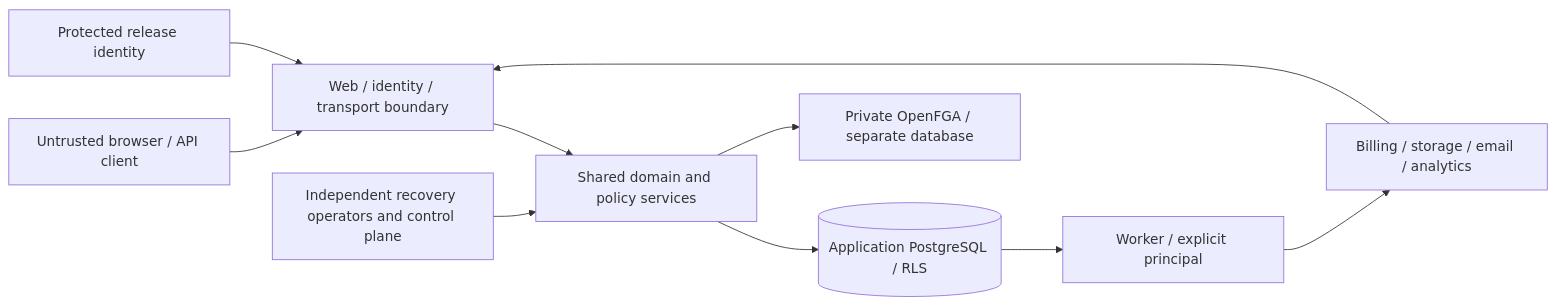
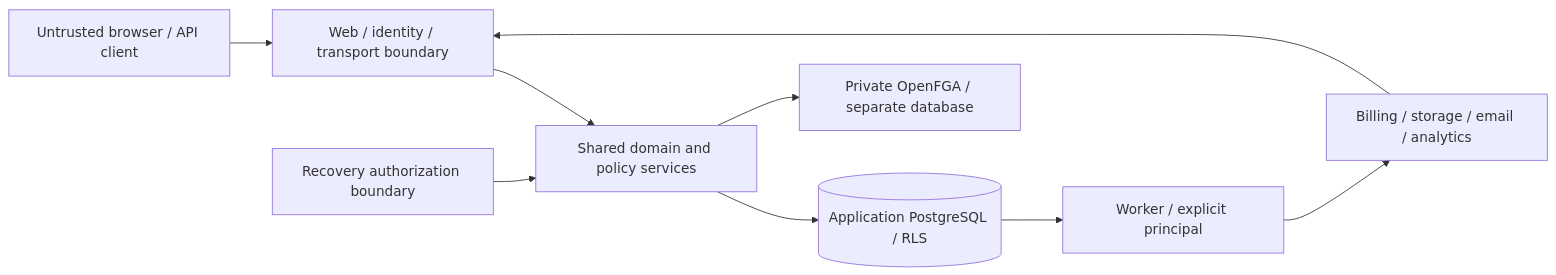
The diagram in docs/phase0/threat-model.md (dani-beltran/saas-cook), drawn with Mermaid before and after one commit. The commit also changed other lines of this file and 50 other files, not shown here.

````diff
--- a/docs/phase0/threat-model.md
+++ b/docs/phase0/threat-model.md
@@ -9,12 +9,11 @@
 ```mermaid
 flowchart LR
     U[Untrusted browser / API client] --> E[Web / identity / transport boundary]
     E --> S[Shared domain and policy services]
     S --> P[(Application PostgreSQL / RLS)]
     S --> F[Private OpenFGA / separate database]
     P --> W[Worker / explicit principal]
     W --> X[Billing / storage / email / analytics]
     X --> E
-    C[Protected release identity] --> E
-    R[Independent recovery operators and control plane] --> S
+    R[Recovery authorization boundary] --> S
 ```
````
